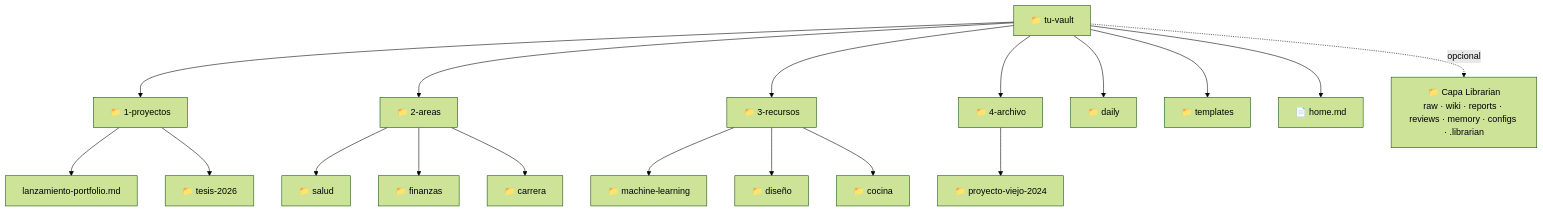
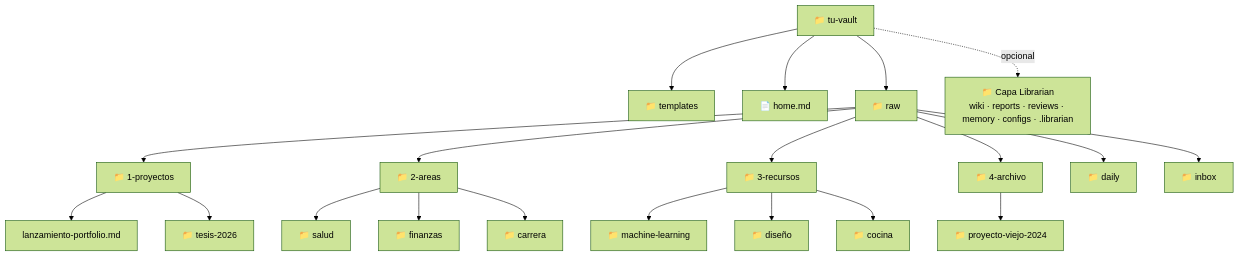
Before and after one commit to VanessaPellegrini/second-brain-ecosystem: the first of 2 diagrams in second-brain/guides/es/04-vault-structure.md, drawn with Mermaid (forest theme). The commit also changed other lines of this file and 4 other files, not shown here.

First line of the commit message:
docs: restructure vault — PARA/daily/inbox now inside raw/

````diff
--- a/second-brain/guides/es/04-vault-structure.md
+++ b/second-brain/guides/es/04-vault-structure.md
@@ -20,21 +20,24 @@
 ```mermaid
 graph TD
-    Vault[📁 tu-vault] --> P[📁 1-proyectos]
-    Vault --> A[📁 2-areas]
-    Vault --> R[📁 3-recursos]
-    Vault --> Arc[📁 4-archivo]
-    Vault --> D[📁 daily]
-    Vault --> T[📁 templates]
+    Vault[📁 tu-vault] --> T[📁 templates]
     Vault --> H[📄 home.md]
-    Vault -. opcional .-> AI[📁 Capa Librarian<br/>raw · wiki · reports · reviews · memory · configs · .librarian]
+    Vault --> Raw[📁 raw]
+    Vault -. opcional .-> AI[📁 Capa Librarian<br/>wiki · reports · reviews · memory · configs · .librarian]
+
+    Raw --> P[📁 1-proyectos]
+    Raw --> A[📁 2-areas]
+    Raw --> R[📁 3-recursos]
+    Raw --> Arc[📁 4-archivo]
+    Raw --> D[📁 daily]
+    Raw --> In[📁 inbox]
 
     P --> P1[lanzamiento-portfolio.md]
     P --> P2[📁 tesis-2026]
     A --> A1[📁 salud]
     A --> A2[📁 finanzas]
     A --> A3[📁 carrera]
     R --> R1[📁 machine-learning]
     R --> R2[📁 diseño]
     R --> R3[📁 cocina]
     Arc --> Arc1[📁 proyecto-viejo-2024]
 ```
````
